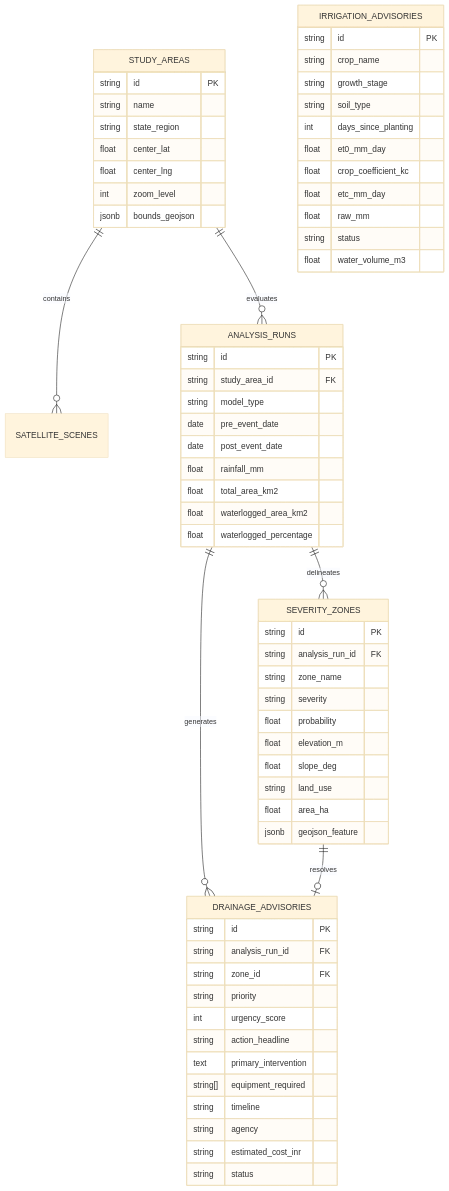
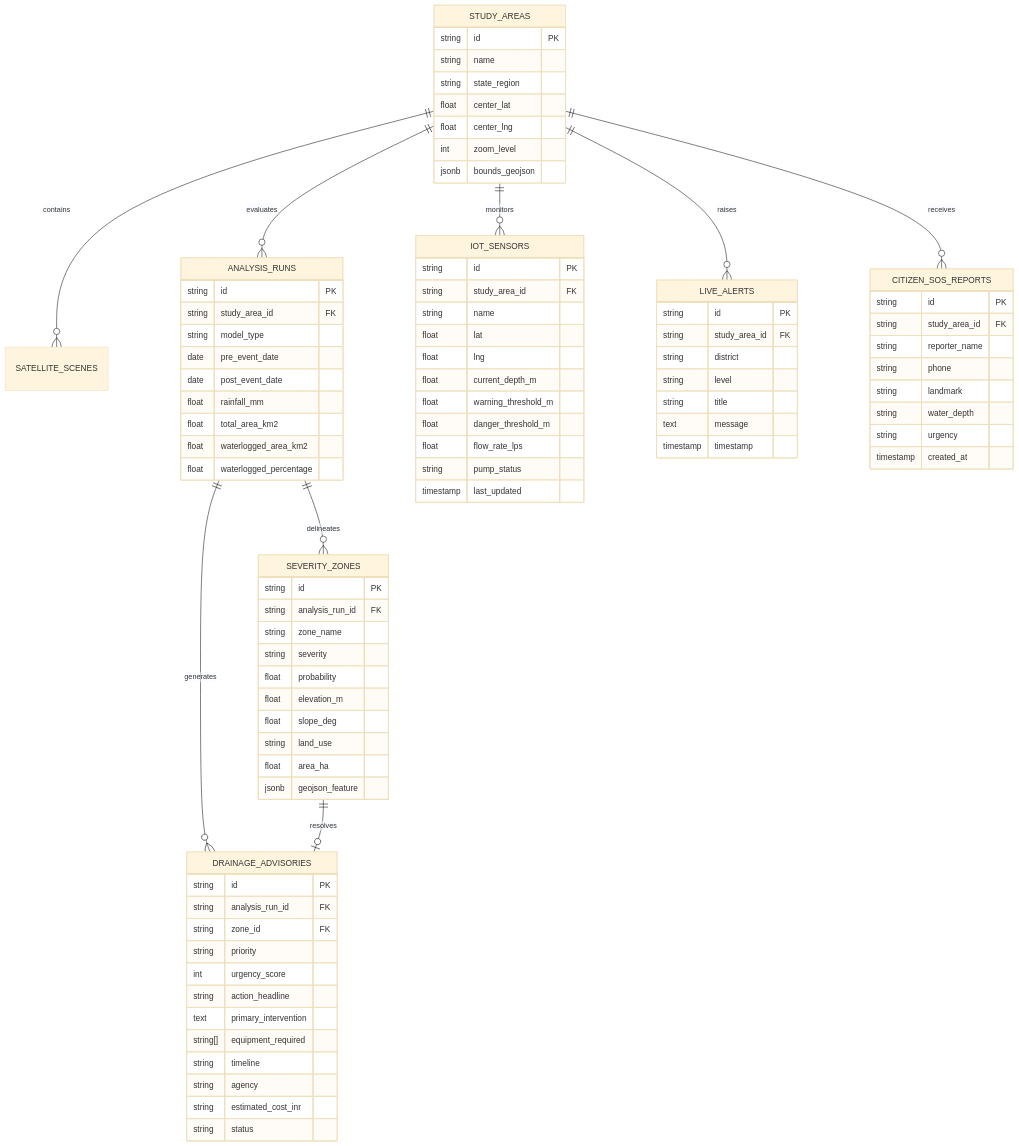
One commit to Pavan16904/waterlogging_jaladrishti changed the fifth of 5 diagrams in TECHNICAL_DOCUMENT.md. Above: the diagram before and after it, drawn with Mermaid (base theme). The commit also changed other lines of this file, not shown here.

Commit message:
docs: comprehensive update to TECHNICAL_DOCUMENT.md with Doppler radar, IoT pump actuation, EOC, Citizen Lifeline, and tri-lingual i18n

````diff
--- a/TECHNICAL_DOCUMENT.md
+++ b/TECHNICAL_DOCUMENT.md
@@ -374,6 +415,9 @@
     ANALYSIS_RUNS ||--o{ SEVERITY_ZONES : delineates
     ANALYSIS_RUNS ||--o{ DRAINAGE_ADVISORIES : generates
     SEVERITY_ZONES ||--o| DRAINAGE_ADVISORIES : resolves
+    STUDY_AREAS ||--o{ IOT_SENSORS : monitors
+    STUDY_AREAS ||--o{ LIVE_ALERTS : raises
+    STUDY_AREAS ||--o{ CITIZEN_SOS_REPORTS : receives
 
     STUDY_AREAS {
         string id PK
@@ -425,17 +469,38 @@
         string status
     }
 
-    IRRIGATION_ADVISORIES {
+    IOT_SENSORS {
         string id PK
-        string crop_name
-        string growth_stage
-        string soil_type
-        int days_since_planting
-        float et0_mm_day
-        float crop_coefficient_kc
-        float etc_mm_day
-        float raw_mm
-        string status
-        float water_volume_m3
+        string study_area_id FK
+        string name
+        float lat
+        float lng
+        float current_depth_m
+        float warning_threshold_m
+        float danger_threshold_m
+        float flow_rate_lps
+        string pump_status
+        timestamp last_updated
+    }
+
+    LIVE_ALERTS {
+        string id PK
+        string study_area_id FK
+        string district
+        string level
+        string title
+        text message
+        timestamp timestamp
+    }
+
+    CITIZEN_SOS_REPORTS {
+        string id PK
+        string study_area_id FK
+        string reporter_name
+        string phone
+        string landmark
+        string water_depth
+        string urgency
+        timestamp created_at
     }
 ```
````
